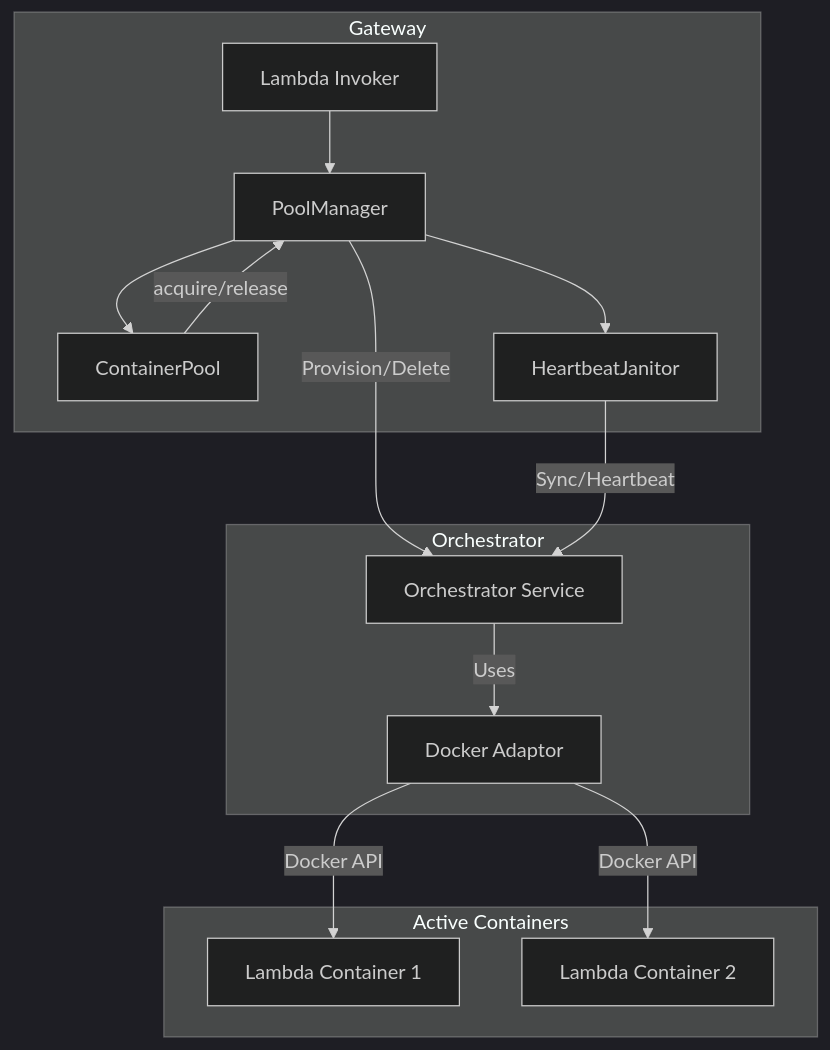
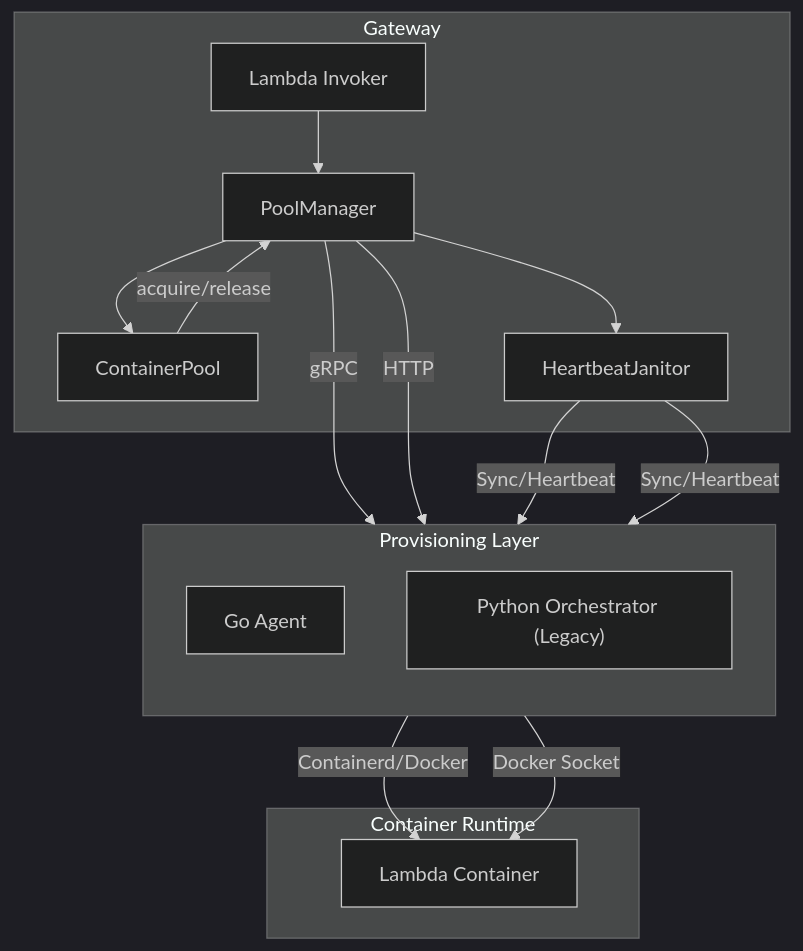
One commit to poruru-code/esb changed the diagram in docs/autoscaling.md. Above: the diagram before and after it, drawn with Mermaid (dark theme). The commit also changed other lines of this file and 16 other files, not shown here.

First line of the commit message:
refactor(agent): runtime improvements and doc updates (Phase 4-1)

````diff
--- a/docs/autoscaling.md
+++ b/docs/autoscaling.md
@@ -13,30 +13,24 @@
 ```mermaid
 flowchart TD
     subgraph Gateway ["Gateway"]
         Invoker["Lambda Invoker"] --> PM["PoolManager"]
         PM --> CP["ContainerPool"]
         PM --> Janitor["HeartbeatJanitor"]
         
         CP -- acquire/release --> PM
     end
 
-    subgraph Orchestrator ["Orchestrator"]
-        Service["Orchestrator Service"]
-        Docker["Docker Adaptor"]
-        
-        %% ここでServiceがAdaptorを呼び出す関係を明示
-        Service -- Uses --> Docker
+    subgraph AgentLayer ["Provisioning Layer"]
+        direction TB
+        PM -- gRPC --> Agent["Go Agent"]
+        PM -- HTTP --> PyOrch["Python Orchestrator (Legacy)"]
     end
 
-    subgraph Workers ["Active Containers"]
-        C1["Lambda Container 1"]
-        C2["Lambda Container 2"]
+    subgraph Runtime ["Container Runtime"]
+        Agent -- Containerd/Docker --> Container["Lambda Container"]
+        PyOrch -- Docker Socket --> Container
     end
 
-    PM -- Provision/Delete --> Service
-    Janitor -- Sync/Heartbeat --> Service
-    
-    %% Docker Adaptorが実際のDocker APIを実行してコンテナを操作する
-    Docker -- Docker API --> C1
-    Docker -- Docker API --> C2
+    Janitor -- Sync/Heartbeat --> Agent
+    Janitor -- Sync/Heartbeat --> PyOrch
 ```
````
